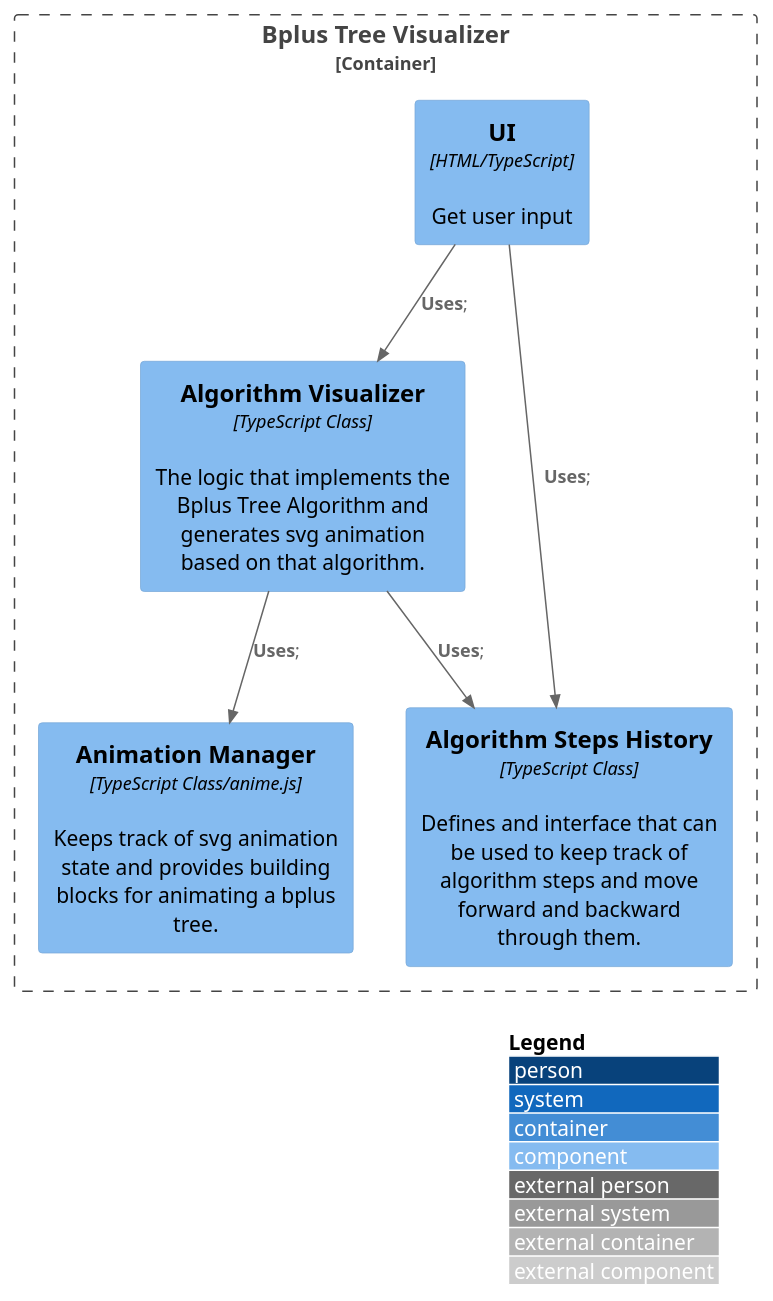
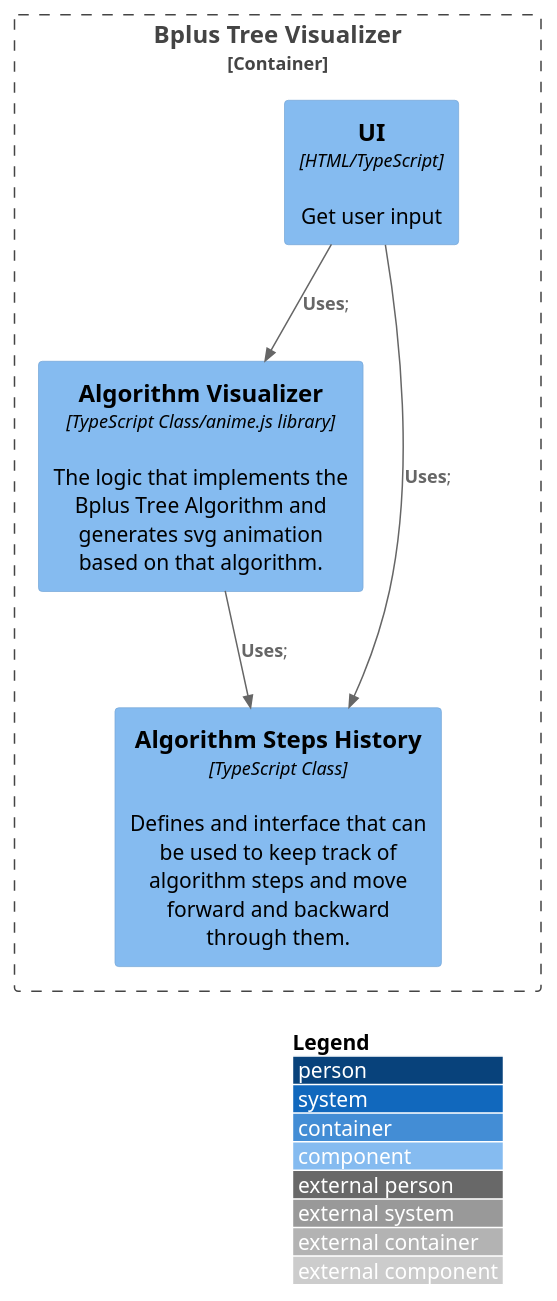
One commit to TreverHibbs/bplus-tree-vis changed the diagram in c4Model/src/bplusTreeVisualizer.puml. Above: the diagram before and after it, drawn with PlantUML. The commit also changed 16 other files, not shown here.

```diff
--- a/c4Model/src/bplusTreeVisualizer.puml
+++ b/c4Model/src/bplusTreeVisualizer.puml
@@ -1,18 +1,18 @@
 @startuml bplusTreeVisualizer
 !include https://raw.githubusercontent.com/adrianvlupu/C4-PlantUML/latest/C4_Component.puml
 
 LAYOUT_WITH_LEGEND()
 
 Container_Boundary(webApp, "Bplus Tree Visualizer") {
     Component(UI, "UI", "HTML/TypeScript", "Get user input")
-    Component(algoVis, "Algorithm Visualizer", "TypeScript Class", "The logic that implements the Bplus Tree Algorithm and generates svg animation based on that algorithm.")
-    Component(animationManager, "Animation Manager", "TypeScript Class/anime.js", "Keeps track of svg animation state and provides building blocks for animating a bplus tree.")
+    Component(algoVis, "Algorithm Visualizer", "TypeScript Class/anime.js library", "The logic that implements the Bplus Tree Algorithm and generates svg animation based on that algorithm.")
+    ' Component(animationManager, "Animation Manager", "TypeScript Class/anime.js", "Keeps track of svg animation state and provides building blocks for animating a bplus tree.")
     Component(algoStepsHistory, "Algorithm Steps History", "TypeScript Class", "Defines and interface that can be used to keep track of algorithm steps and move forward and backward through them.")
 }
 
 Rel(UI, algoVis, "Uses");
 Rel(UI, algoStepsHistory, "Uses");
-Rel(algoVis, animationManager, "Uses");
+' Rel(algoVis, animationManager, "Uses");
 Rel(algoVis, algoStepsHistory, "Uses");
 
 @enduml
```
